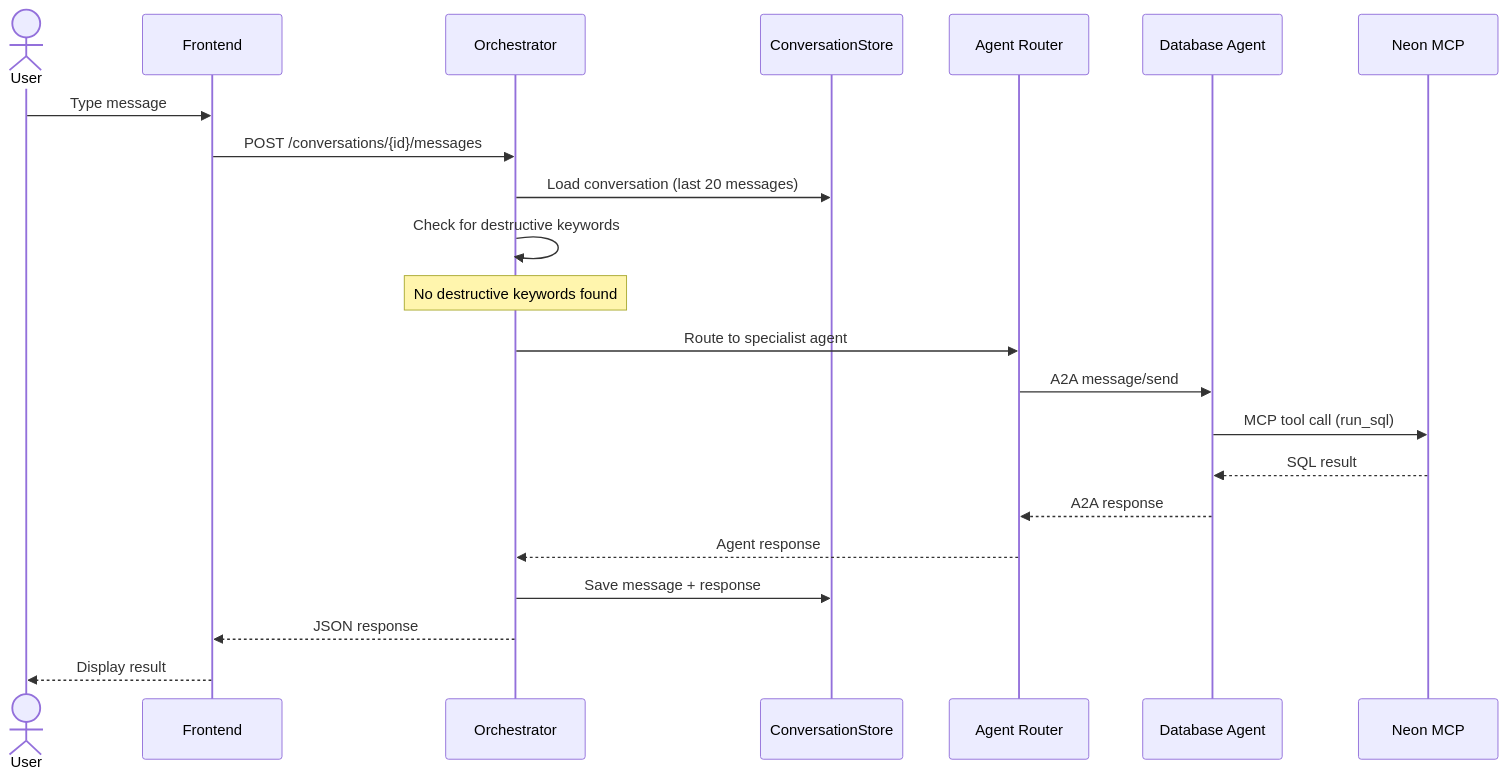
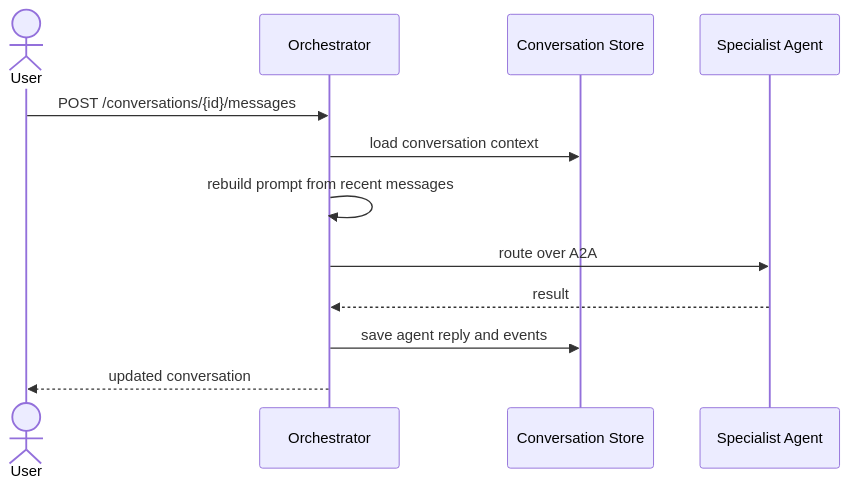
The third of 5 diagrams in docs/architecture.md (daniel-was-taken/a2a-strands-example), drawn with Mermaid before and after one commit. The commit also changed other lines of this file and 42 other files, not shown here.

````diff
--- a/docs/architecture.md
+++ b/docs/architecture.md
@@ -134,25 +89,15 @@
 ```mermaid
 sequenceDiagram
     actor User
-    participant FE as Frontend
     participant Orch as Orchestrator
-    participant Store as ConversationStore
-    participant Router as Agent Router
-    participant Agent as Database Agent
-    participant MCP as Neon MCP
+    participant Store as Conversation Store
+    participant Agent as Specialist Agent
 
-    User->>FE: Type message
-    FE->>Orch: POST /conversations/{id}/messages
-    Orch->>Store: Load conversation (last 20 messages)
-    Orch->>Orch: Check for destructive keywords
-    Note over Orch: No destructive keywords found
-    Orch->>Router: Route to specialist agent
-    Router->>Agent: A2A message/send
-    Agent->>MCP: MCP tool call (run_sql)
-    MCP-->>Agent: SQL result
-    Agent-->>Router: A2A response
-    Router-->>Orch: Agent response
-    Orch->>Store: Save message + response
-    Orch-->>FE: JSON response
-    FE-->>User: Display result
+    User->>Orch: POST /conversations/{id}/messages
+    Orch->>Store: load conversation context
+    Orch->>Orch: rebuild prompt from recent messages
+    Orch->>Agent: route over A2A
+    Agent-->>Orch: result
+    Orch->>Store: save agent reply and events
+    Orch-->>User: updated conversation
 ```
````
